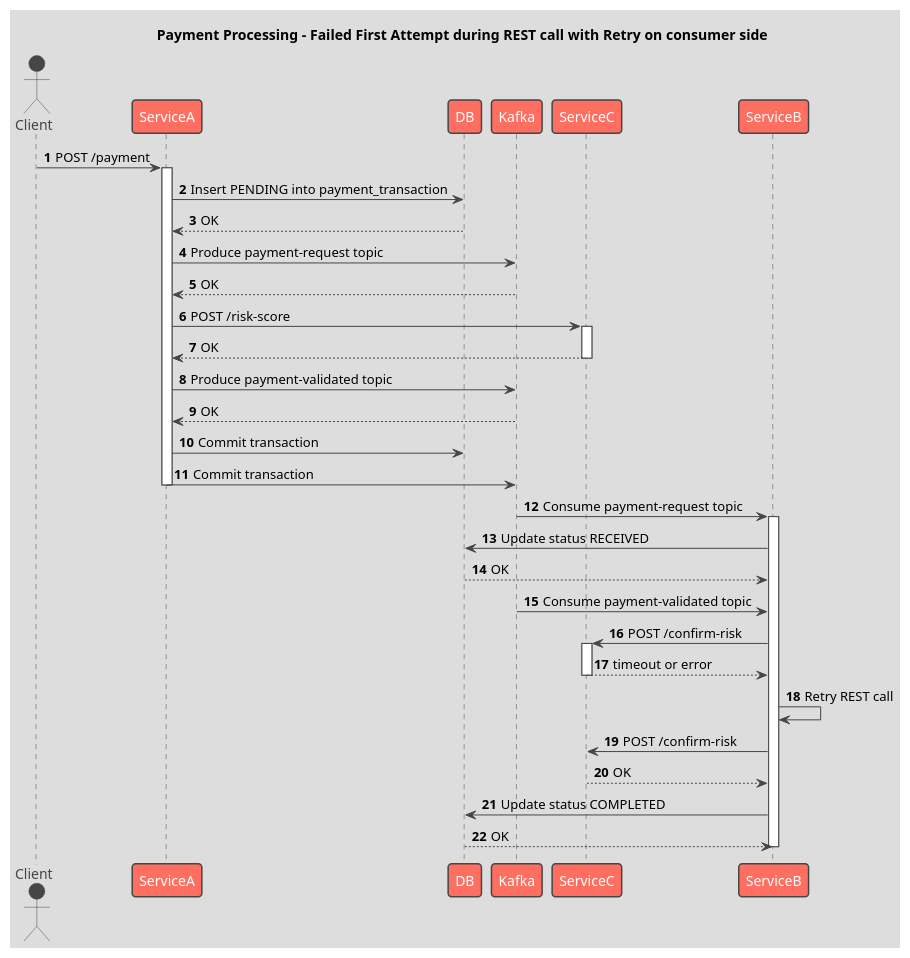
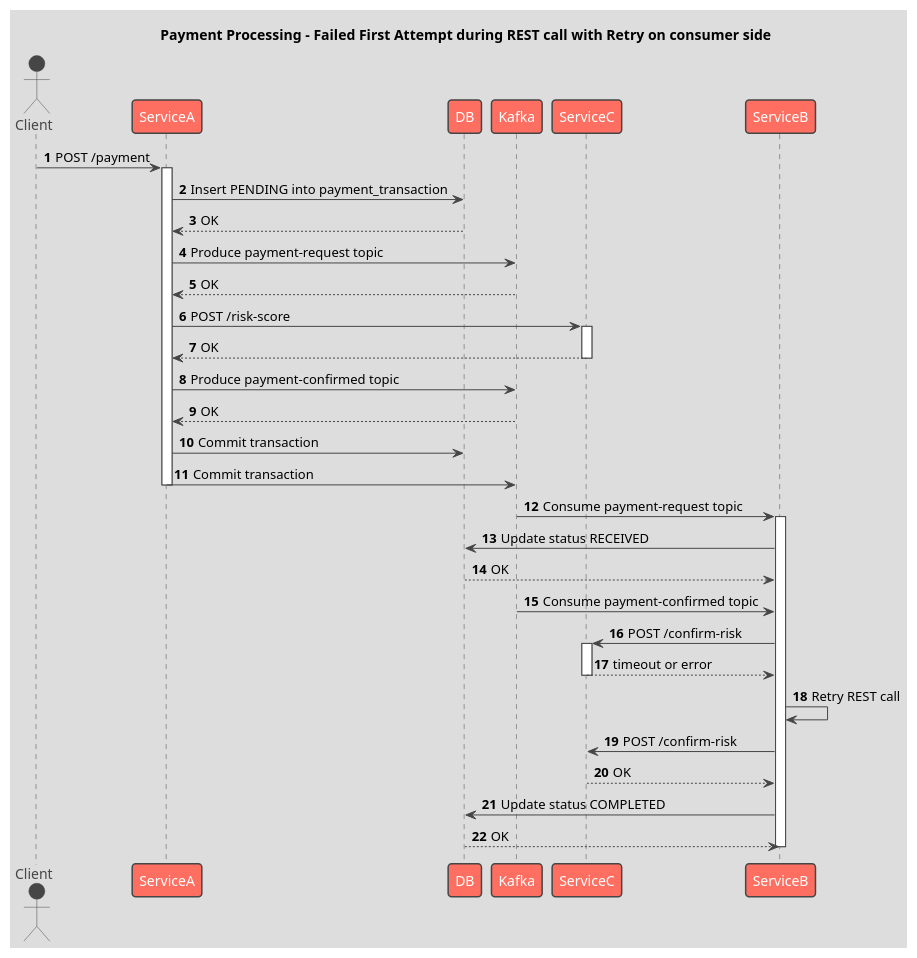
One commit to norulshahlam/spring-boot-kafka-tutorials changed the diagram in library-service-producer/src/main/resources/sad-flow2.plantuml. Above: the diagram before and after it, drawn with PlantUML. The commit also changed 1 other file, not shown here.

Commit message:
added 2nd topic

```diff
--- a/library-service-producer/src/main/resources/sad-flow2.plantuml
+++ b/library-service-producer/src/main/resources/sad-flow2.plantuml
@@ -1,47 +1,47 @@
 @startuml
 !theme toy
 title Payment Processing - Failed First Attempt during REST call with Retry on consumer side
 autonumber
 actor Client
 
 Client -> ServiceA: POST /payment
 activate ServiceA
 
 ServiceA -> DB: Insert PENDING into payment_transaction
 DB --> ServiceA: OK
 
 ServiceA -> Kafka: Produce payment-request topic
 Kafka --> ServiceA: OK
 
 ServiceA -> ServiceC: POST /risk-score
 activate ServiceC
 ServiceC --> ServiceA: OK
 deactivate ServiceC
 
-ServiceA -> Kafka: Produce payment-validated topic
+ServiceA -> Kafka: Produce payment-confirmed topic
 Kafka --> ServiceA: OK
 
 ServiceA -> DB: Commit transaction
 ServiceA -> Kafka: Commit transaction
 deactivate ServiceA
 
 Kafka -> ServiceB: Consume payment-request topic
 activate ServiceB
 ServiceB -> DB: Update status RECEIVED
 DB --> ServiceB: OK
 
-Kafka -> ServiceB: Consume payment-validated topic
+Kafka -> ServiceB: Consume payment-confirmed topic
 ServiceB -> ServiceC: POST /confirm-risk
 activate ServiceC
 ServiceC --> ServiceB: timeout or error
 deactivate ServiceC
 
 ServiceB -> ServiceB: Retry REST call
 ServiceB -> ServiceC: POST /confirm-risk
 ServiceC --> ServiceB: OK
 
 ServiceB -> DB: Update status COMPLETED
 DB --> ServiceB: OK
 deactivate ServiceB
 
 @enduml
```
